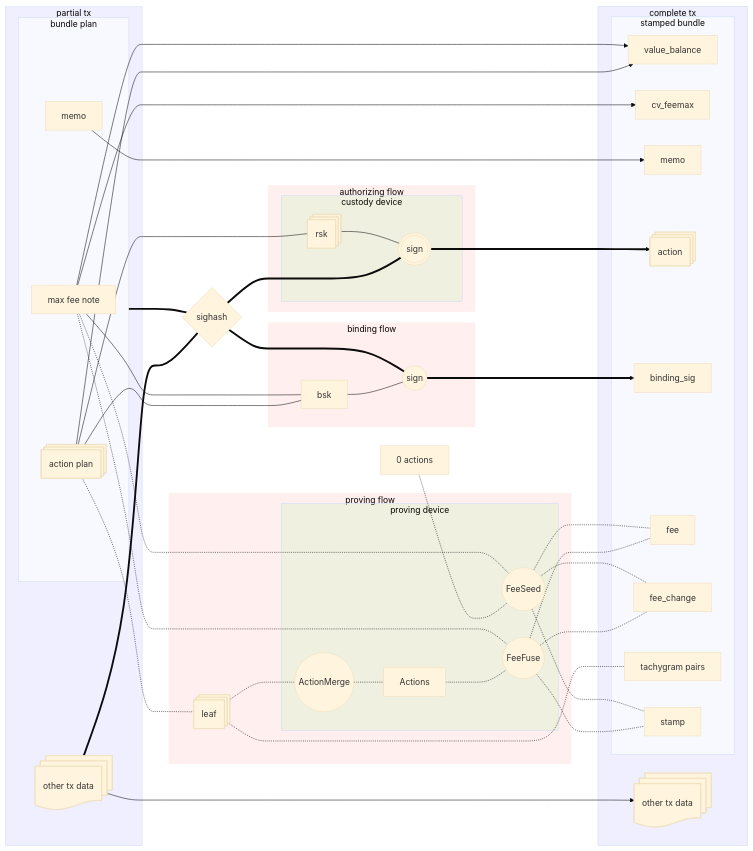
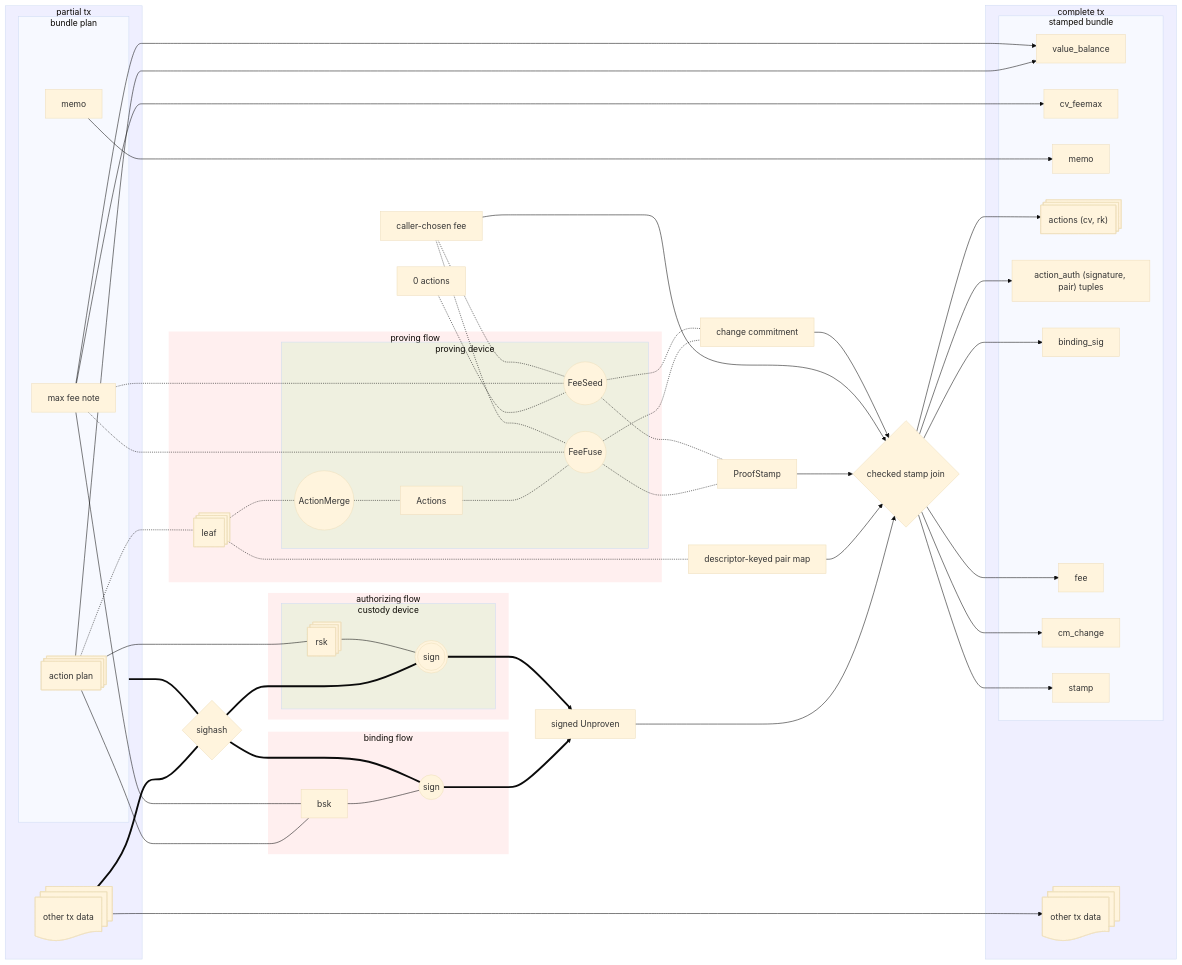
The second of 3 diagrams in book/src/authorization.md (tachyon-zcash/tachyon), drawn with Mermaid (base theme) before and after one commit. The commit also changed other lines of this file and 6 other files, not shown here.

Commit message:
docs: describe bundle authorization and proof stamp lifecycle

```diff
--- a/book/src/authorization.md
+++ b/book/src/authorization.md
@@ -211,13 +213,13 @@
     subgraph tx[complete tx]
         subgraph bundle["stamped bundle"]
             value_balance
-            action@{ shape: st-rect }
+            action@{ shape: st-rect, label: "actions (cv, rk)" }
+            action_auth["action_auth (signature, pair) tuples"]
             cv_feemax
             binding_sig
             memo_2[memo]
             fee
-            fee_change
-            pairs["tachygram pairs"]
+            cm_change
             stamp
         end
         other2@{ shape: st-doc, label: "other tx data" }
@@ -234,10 +236,11 @@
             fee_seed((FeeSeed))
         end
     end
-    action_plan -.- leaf -.- merge -.- actions -.- fee_fuse -.- stamp
-    leaf -.- pairs
-    zero_actions["0 actions"] -.- fee_seed -.- stamp
-    max_fee_note -.- fee_fuse & fee_seed -.- fee & fee_change
+    action_plan -.- leaf -.- merge -.- actions -.- fee_fuse -.- proved_stamp["ProofStamp"]
+    leaf -.- pairs["descriptor-keyed pair map"]
+    zero_actions["0 actions"] -.- fee_seed -.- proved_stamp
+    max_fee_note -.- fee_fuse & fee_seed -.- proved_change["change commitment"]
+    chosen_fee["caller-chosen fee"] -.- fee_fuse & fee_seed
 
 
     sighash ~~~ binding
@@ -245,7 +248,7 @@
         bsk 
         sign_binding_sig(("sign"))
     end
-    action_plan & max_fee_note --- bsk --- sign_binding_sig ==> binding_sig
+    action_plan & max_fee_note --- bsk --- sign_binding_sig ==> unproven
     sighash === sign_binding_sig
 
     sighash ~~~ authorization
@@ -256,7 +259,12 @@
         end
     end
     sighash === sign_action
-    action_plan --- rsk --- sign_action ==> action
+    action_plan --- rsk --- sign_action ==> unproven
+
+    unproven["signed Unproven"] --> join{"checked stamp join"}
+    pairs --> join
+    proved_stamp & chosen_fee & proved_change --> join
+    join --> action & action_auth & binding_sig & stamp & fee & cm_change
 
     other1 --> other2
     pczt ~~~ sighash
```
